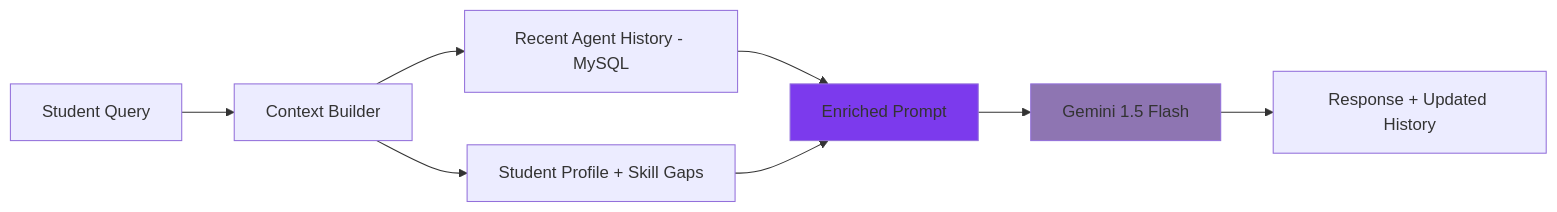
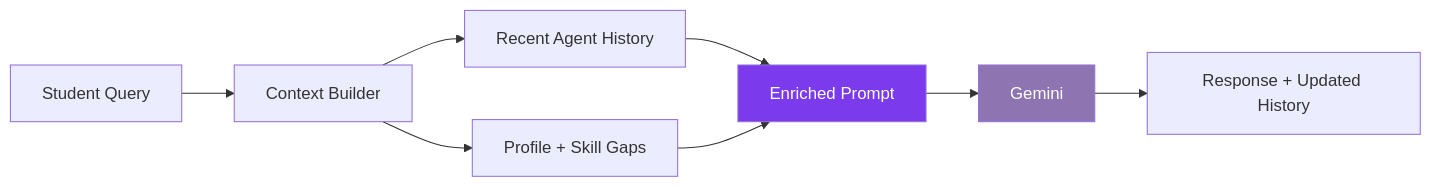
Before and after one commit to HareshK-14/NEROX-AI: the third of 3 diagrams in README.md, drawn with Mermaid. The commit also changed other lines of this file, not shown here.

````diff
--- a/README.md
+++ b/README.md
@@ -208,12 +225,12 @@
 ```mermaid
 graph LR
     A[Student Query] --> B[Context Builder]
-    B --> C[Recent Agent History - MySQL]
-    B --> D[Student Profile + Skill Gaps]
+    B --> C[Recent Agent History]
+    B --> D[Profile + Skill Gaps]
     C & D --> E[Enriched Prompt]
-    E --> F[Gemini 1.5 Flash]
+    E --> F[Gemini]
     F --> G[Response + Updated History]
 
-    style E fill:#7C3AED
-    style F fill:#8E75B2
+    style E fill:#7C3AED,color:#fff
+    style F fill:#8E75B2,color:#fff
 ```
````
